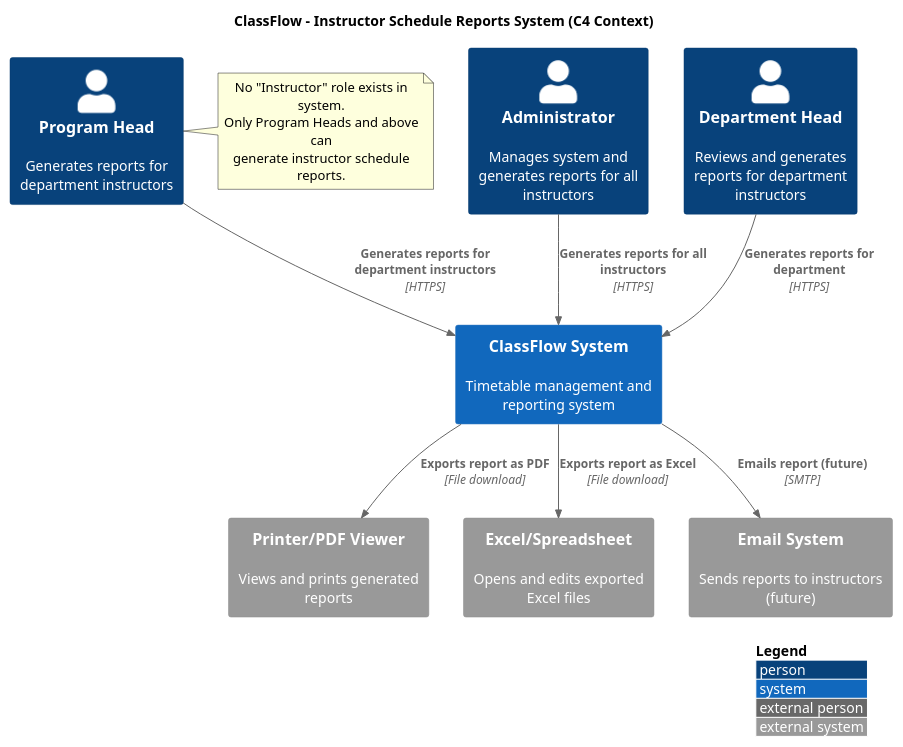
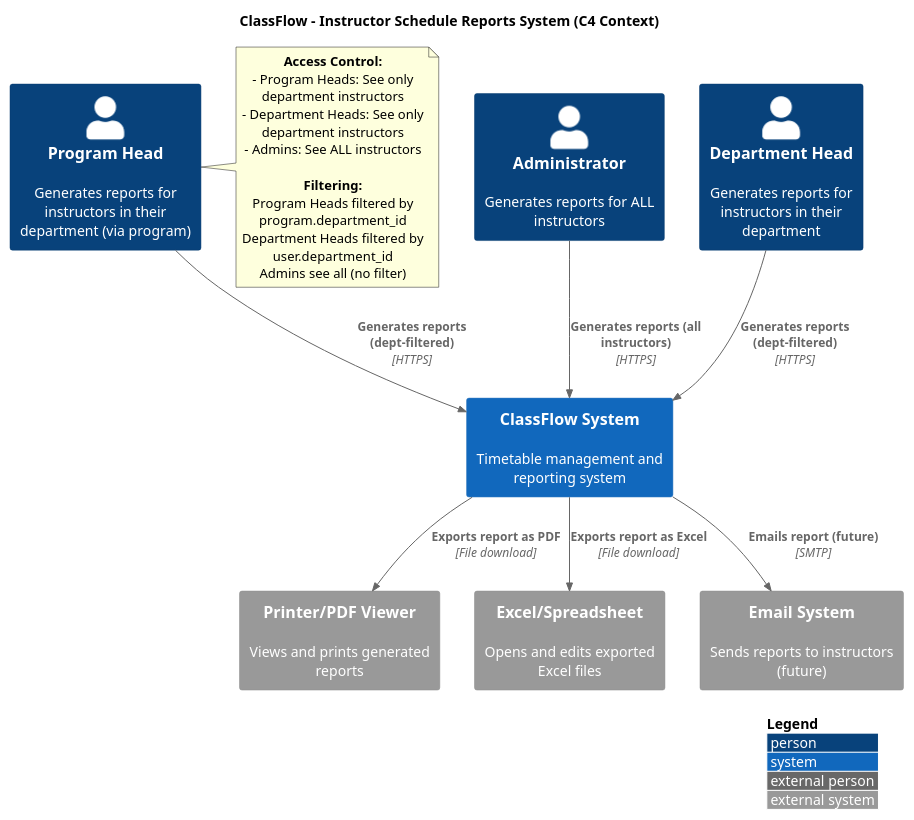
One commit to Wence024/ClassFlow changed the first of 7 diagrams in docs/c4-diagrams/instructor-reports-system.puml. Above: the diagram before and after it, drawn with PlantUML. The commit also changed 3 other files, not shown here.

Commit message:
Fix: Filter instructor selection and handle 406 errors

```diff
--- a/docs/c4-diagrams/instructor-reports-system.puml
+++ b/docs/c4-diagrams/instructor-reports-system.puml
@@ -1,32 +1,38 @@
 @startuml Instructor Reports System - C4 Context Diagram
 !include https://raw.githubusercontent.com/plantuml-stdlib/C4-PlantUML/master/C4_Context.puml
 
 LAYOUT_WITH_LEGEND()
 
 title ClassFlow - Instructor Schedule Reports System (C4 Context)
 
-Person(progHead, "Program Head", "Generates reports for department instructors")
-Person(admin, "Administrator", "Manages system and generates reports for all instructors")
-Person(deptHead, "Department Head", "Reviews and generates reports for department instructors")
+Person(progHead, "Program Head", "Generates reports for instructors in their department (via program)")
+Person(admin, "Administrator", "Generates reports for ALL instructors")
+Person(deptHead, "Department Head", "Generates reports for instructors in their department")
 
 note right of progHead
-    No "Instructor" role exists in system.
-    Only Program Heads and above can
-    generate instructor schedule reports.
+    **Access Control:**
+    - Program Heads: See only department instructors
+    - Department Heads: See only department instructors
+    - Admins: See ALL instructors
+    
+    **Filtering:**
+    Program Heads filtered by program.department_id
+    Department Heads filtered by user.department_id
+    Admins see all (no filter)
 end note
 
 System(classflow, "ClassFlow System", "Timetable management and reporting system")
 
 System_Ext(printer, "Printer/PDF Viewer", "Views and prints generated reports")
 System_Ext(excel, "Excel/Spreadsheet", "Opens and edits exported Excel files")
 System_Ext(email, "Email System", "Sends reports to instructors (future)")
 
-Rel(progHead, classflow, "Generates reports for department instructors", "HTTPS")
-Rel(admin, classflow, "Generates reports for all instructors", "HTTPS")
-Rel(deptHead, classflow, "Generates reports for department", "HTTPS")
+Rel(progHead, classflow, "Generates reports (dept-filtered)", "HTTPS")
+Rel(admin, classflow, "Generates reports (all instructors)", "HTTPS")
+Rel(deptHead, classflow, "Generates reports (dept-filtered)", "HTTPS")
 
 Rel(classflow, printer, "Exports report as PDF", "File download")
 Rel(classflow, excel, "Exports report as Excel", "File download")
 Rel(classflow, email, "Emails report (future)", "SMTP")
 
 @enduml
```
